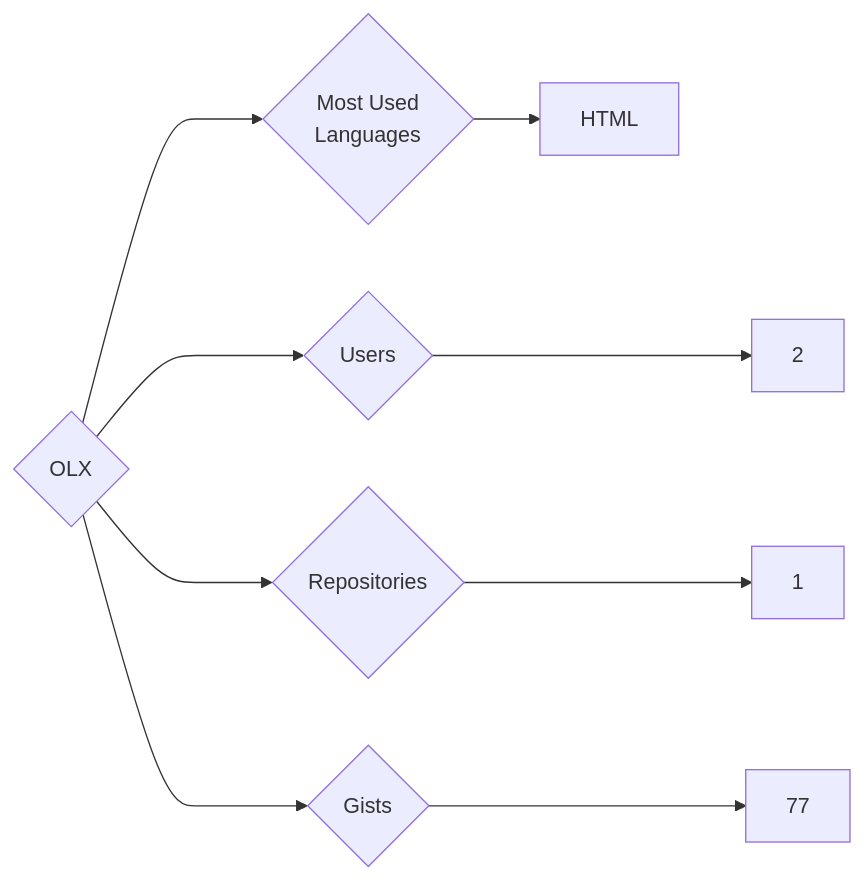
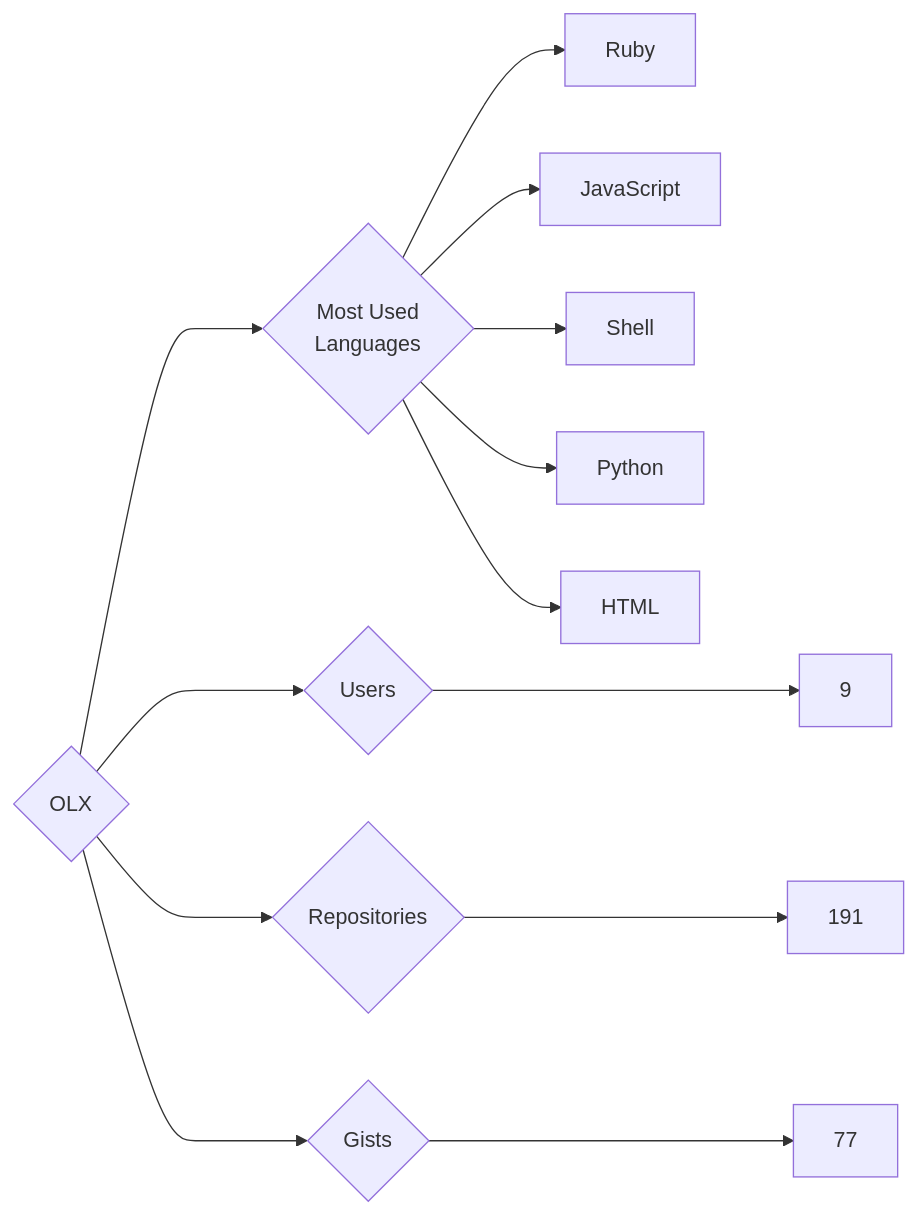
One commit to trickest/insiders changed the diagram in targets/OLX/README.md. Above: the diagram before and after it, drawn with Mermaid. The commit also changed 895 other files, not shown here.

````diff
--- a/targets/OLX/README.md
+++ b/targets/OLX/README.md
@@ -3,9 +3,13 @@
 ```mermaid
 graph LR
 COMPANY_NAME{OLX}
-COMPANY_NAME ---> U{Users} ---> UN[2]
-COMPANY_NAME ---> R{Repositories} ---> RN[1]
+COMPANY_NAME ---> U{Users} ---> UN[9]
+COMPANY_NAME ---> R{Repositories} ---> RN[191]
 COMPANY_NAME ---> G{Gists} ---> GN[77]
 COMPANY_NAME ---> ML{Most Used<br>Languages}
+ML --> Ruby[Ruby]
+ML --> JavaScript[JavaScript]
+ML --> Shell[Shell]
+ML --> Python[Python]
 ML --> HTML[HTML]
 ```
````
